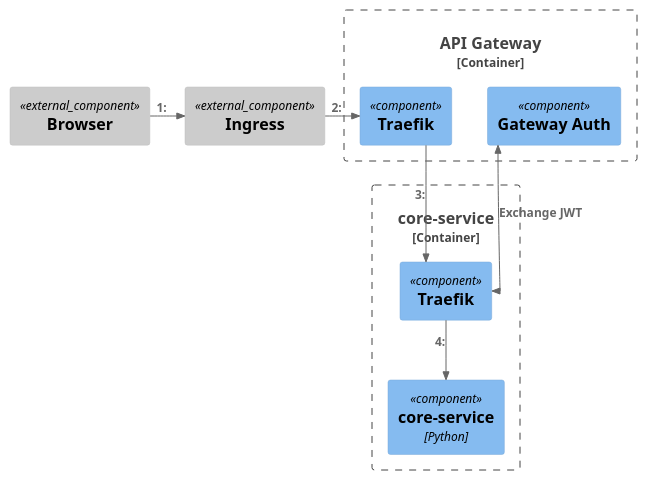
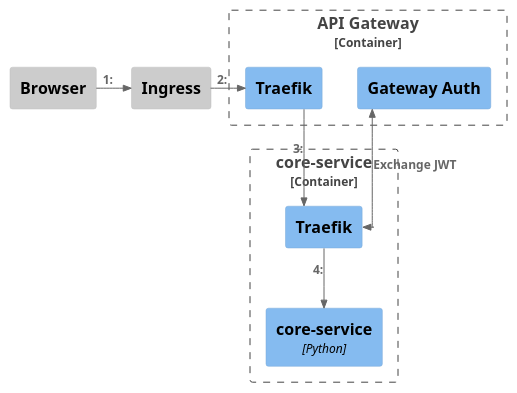
Before and after one commit to SwissDataScienceCenter/renku: the third of 3 diagrams in docs/reference/services/services-architecture.rst, drawn with PlantUML. The commit also changed other lines of this file and 5 other files, not shown here.

```diff
--- a/docs/reference/services/services-architecture.rst
+++ b/docs/reference/services/services-architecture.rst
@@ -155,28 +209,31 @@
 .. uml::
 
     @startuml
     !include <C4/C4_Dynamic.puml>
 
     skinparam linetype ortho
+    skinparam defaultFontName Calcutta
+
+    HIDE_STEREOTYPE()
 
     Component_Ext(browser, "Browser")
 
     Component_Ext(ingress, "Ingress")
 
     Container_Boundary(gateway, "API Gateway") {
         Component(gateway_traefik, "Traefik")
         Component(gateway_auth, "Gateway Auth")
     }
 
     Container_Boundary(core_service_boundary, "core-service") {
         Component(traefik, "Traefik")
         Component(core_service, "core-service", "Python")
     }
 
     Rel_R(browser, ingress, "")
     Rel_R(ingress, gateway_traefik, "")
     Rel(gateway_traefik, traefik, "")
     BiRel(traefik, gateway_auth, "Exchange JWT")
     Rel(traefik, core_service, "")
     Lay_R(gateway_traefik, gateway_auth)
     @enduml
```
